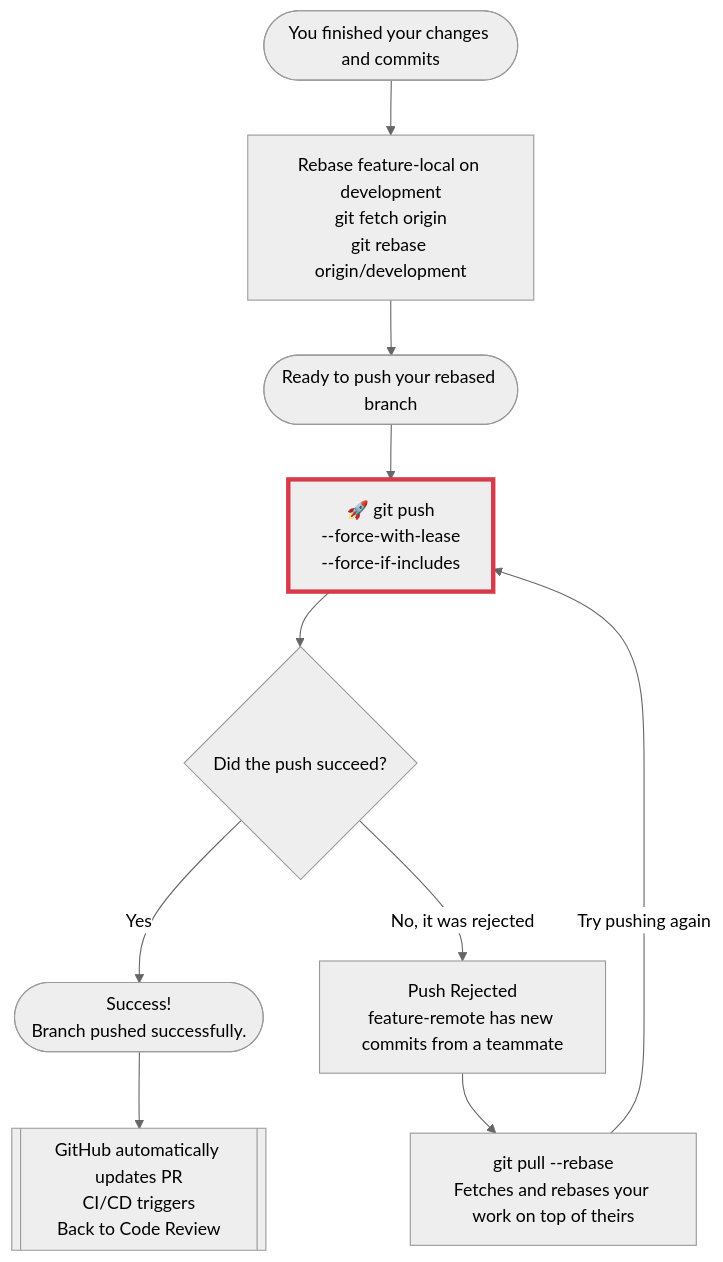
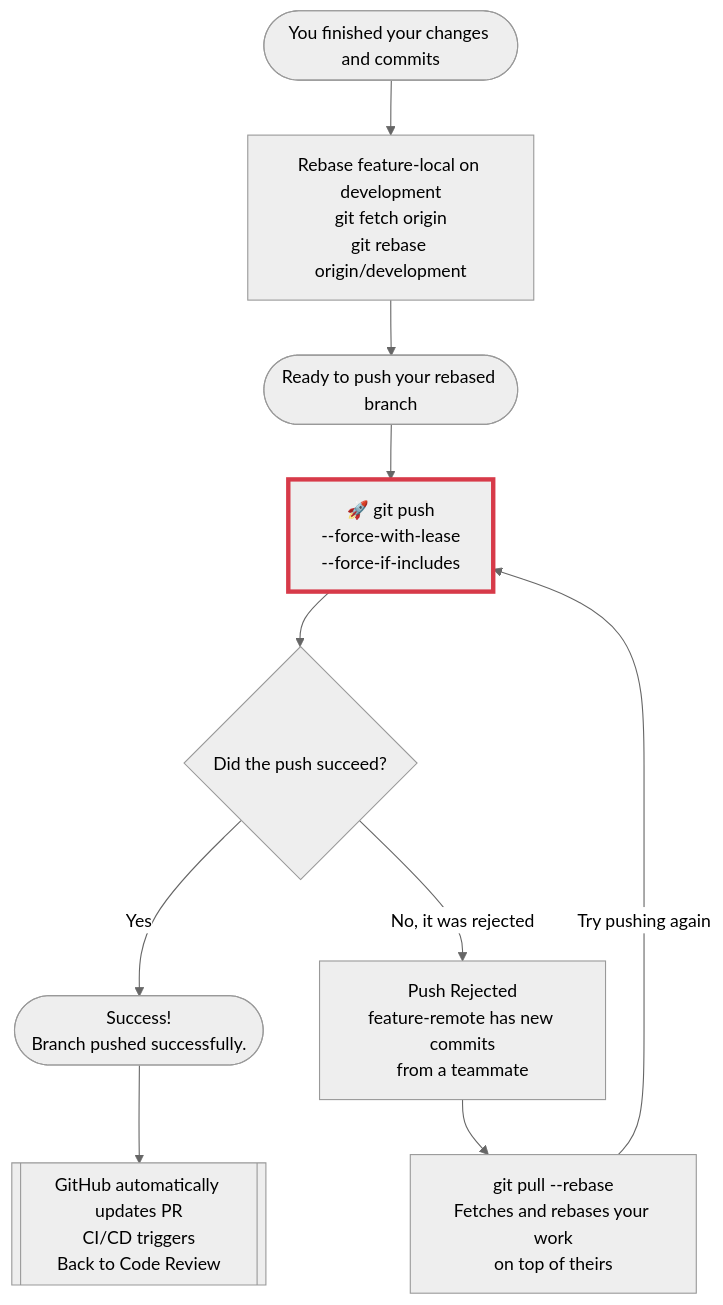
One commit to zurcacielos/git-rebase-explained-to-infinity changed the second of 14 diagrams in README.md. Above: the diagram before and after it, drawn with Mermaid (neutral theme). The commit also changed other lines of this file, not shown here.

Commit message:
Prevent text truncation on all flowchart nodes

````diff
--- a/README.md
+++ b/README.md
@@ -91,30 +93,32 @@
 ```mermaid
 flowchart TD
     Start(["`You finished your changes and commits`"]) --> RebaseLocal["`Rebase feature-local on development
     git fetch origin
     git rebase origin/development`"]
     
     RebaseLocal --> Ready(["`Ready to push your rebased branch`"])
     
     Ready --> Push1["`🚀 git push
     --force-with-lease
     --force-if-includes`"]
     style Push1 stroke:#d73a49,stroke-width:4px
     
     Push1 --> Check1{"`Did the push succeed?`"}
     
     Check1 -- Yes --> Success1(["`Success!
     Branch pushed successfully.`"])
     
     Success1 --> AutoPR[["`GitHub automatically updates PR
     CI/CD triggers
     Back to Code Review`"]]
     
     Check1 -- No, it was rejected --> Rejected["`Push Rejected
-    feature-remote has new commits from a teammate`"]
+    feature-remote has new commits
+    from a teammate`"]
     
     Rejected --> PullRebase["`git pull --rebase
-    Fetches and rebases your work on top of theirs`"]
+    Fetches and rebases your work
+    on top of theirs`"]
     
     PullRebase -->|Try pushing again| Push1
 ```
````
